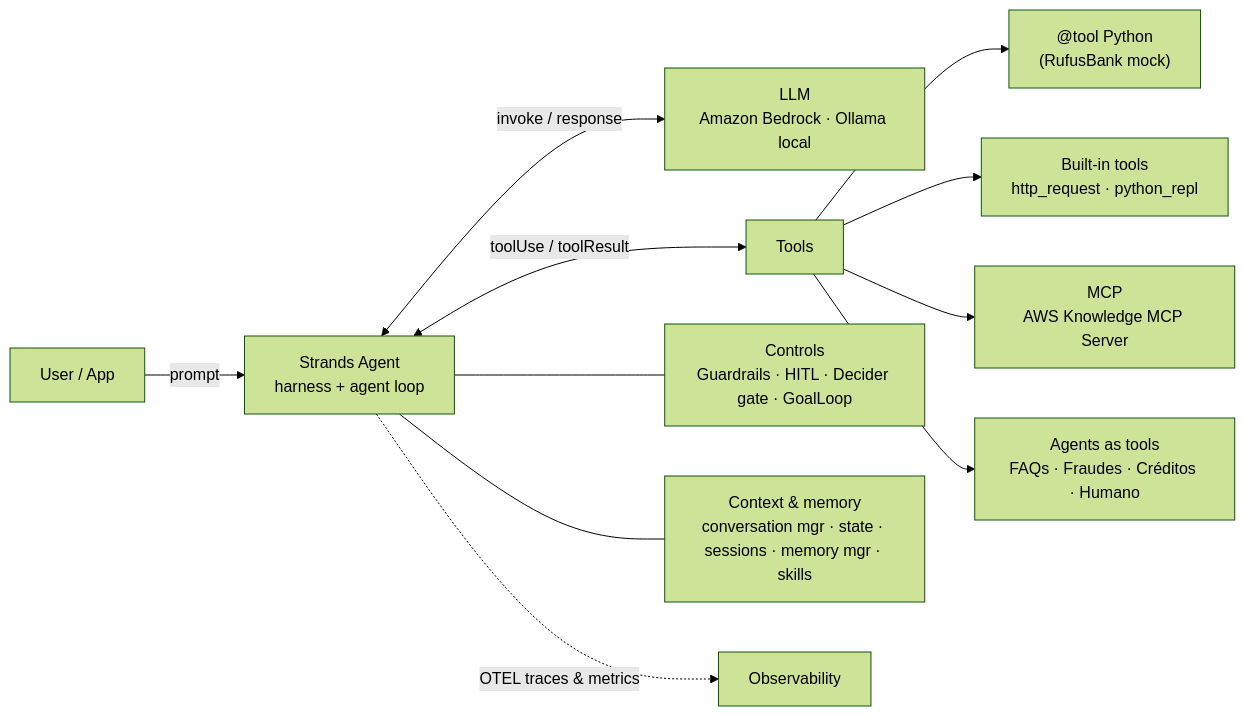
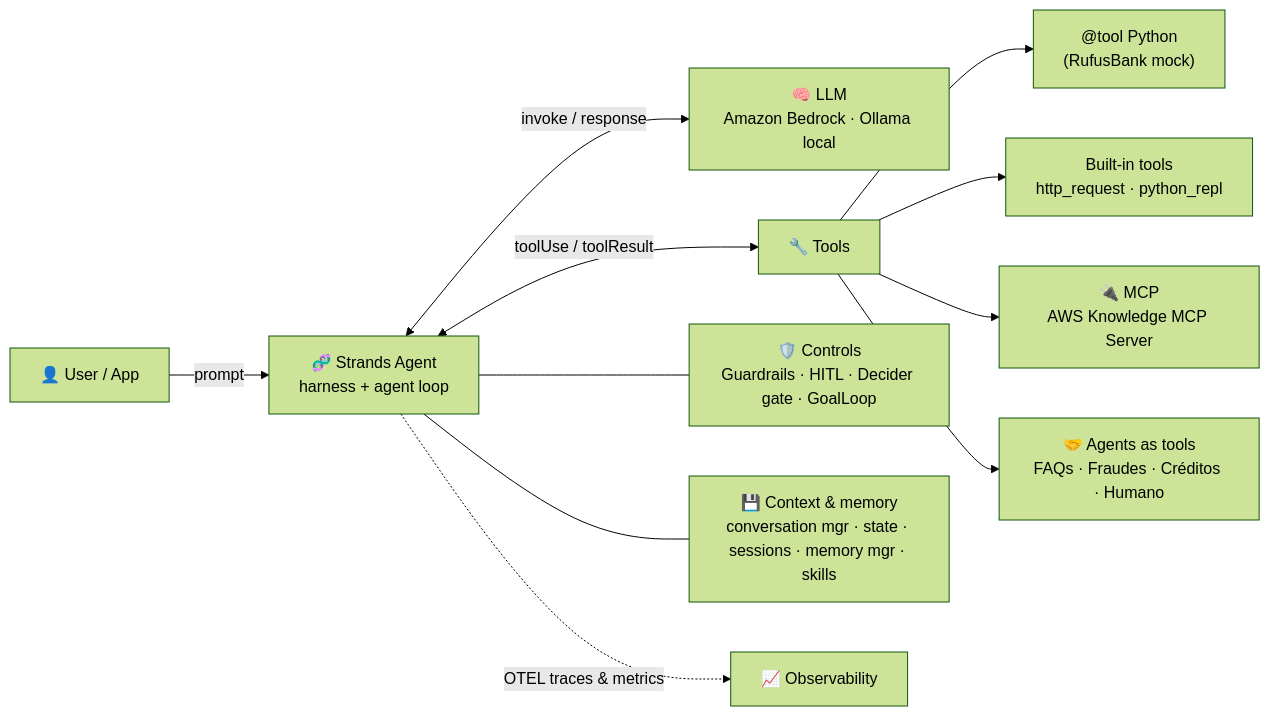
Before and after one commit to san99tiago/aws-strands-agents-demo: the first of 2 diagrams in README.md, drawn with Mermaid (forest theme). The commit also changed other lines of this file and 3 other files, not shown here.

````diff
--- a/README.md
+++ b/README.md
@@ -14,13 +21,13 @@
 ```mermaid
 flowchart LR
-    U[User / App] -->|prompt| A[Strands Agent<br/>harness + agent loop]
-    A <-->|invoke / response| M[LLM<br/>Amazon Bedrock · Ollama local]
-    A <-->|toolUse / toolResult| T[Tools]
+    U[👤 User / App] -->|prompt| A[🧬 Strands Agent<br/>harness + agent loop]
+    A <-->|invoke / response| M[🧠 LLM<br/>Amazon Bedrock · Ollama local]
+    A <-->|toolUse / toolResult| T[🔧 Tools]
     T --> T1["@tool Python<br/>(RufusBank mock)"]
     T --> T2[Built-in tools<br/>http_request · python_repl]
-    T --> T3[MCP<br/>AWS Knowledge MCP Server]
-    T --> T4[Agents as tools<br/>FAQs · Fraudes · Créditos · Humano]
-    A --- C[Controls<br/>Guardrails · HITL · Decider gate · GoalLoop]
-    A --- S[Context & memory<br/>conversation mgr · state · sessions · memory mgr · skills]
-    A -.->|OTEL traces & metrics| O[Observability]
+    T --> T3[🔌 MCP<br/>AWS Knowledge MCP Server]
+    T --> T4[🤝 Agents as tools<br/>FAQs · Fraudes · Créditos · Humano]
+    A --- C[🛡️ Controls<br/>Guardrails · HITL · Decider gate · GoalLoop]
+    A --- S[💾 Context & memory<br/>conversation mgr · state · sessions · memory mgr · skills]
+    A -.->|OTEL traces & metrics| O[📈 Observability]
 ```
````
